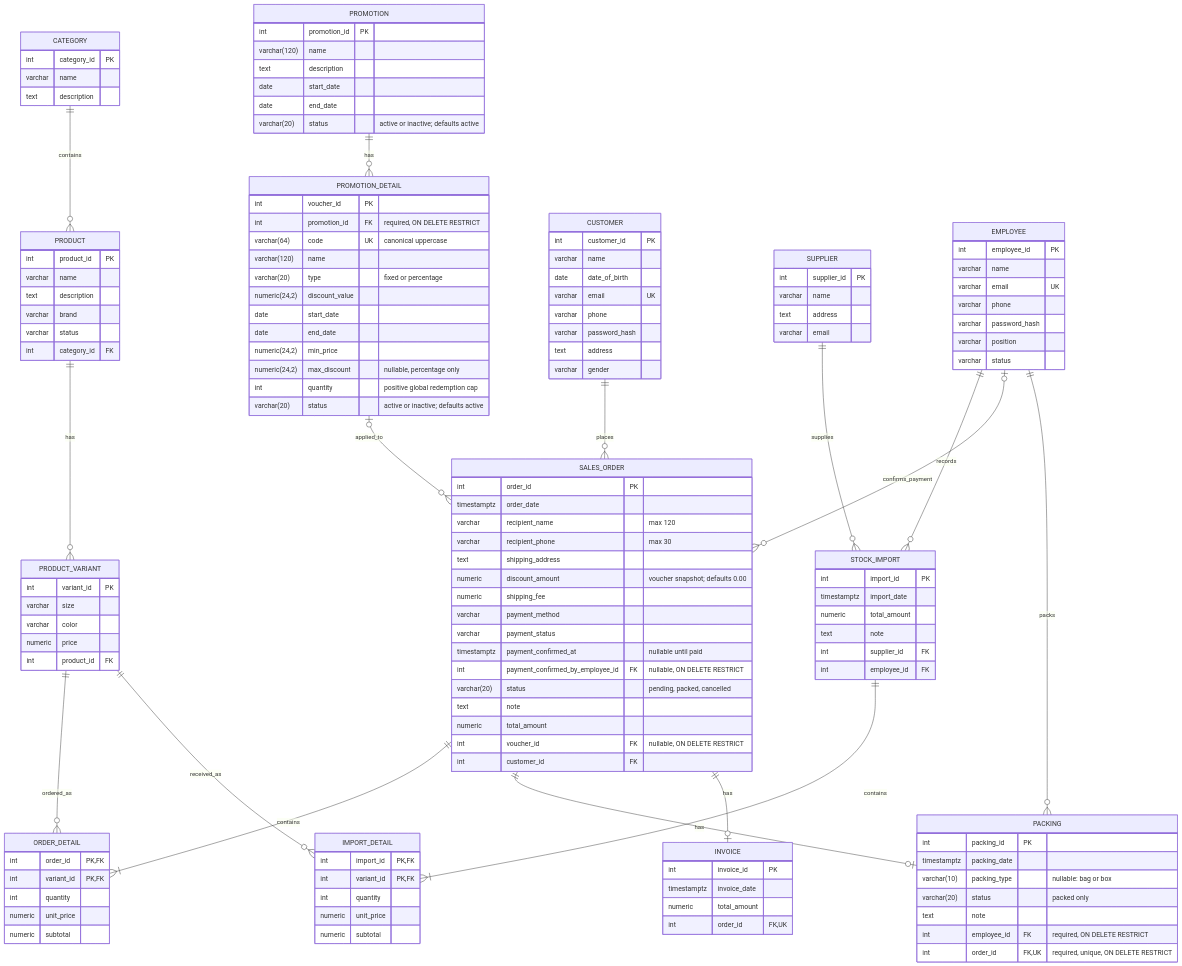
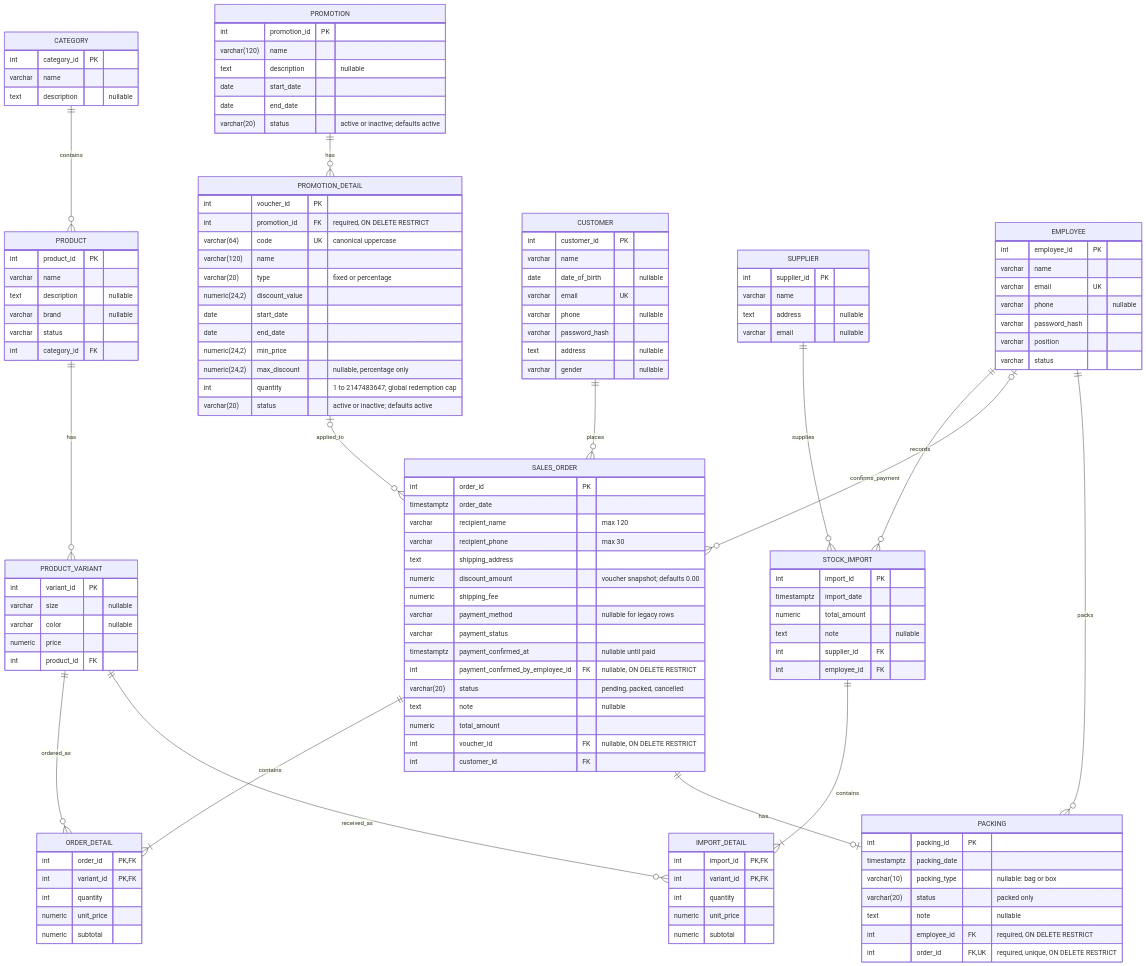
The diagram in docs/erd/sales-system-erd.md (duygri/do-an-cnpm), drawn with Mermaid before and after one commit. The commit also changed other lines of this file and 1 other file, not shown here.

Commit message:
docs: align ERD with current schema

````diff
--- a/docs/erd/sales-system-erd.md
+++ b/docs/erd/sales-system-erd.md
@@ -7,27 +7,27 @@
     CATEGORY {
         int category_id PK
         varchar name
-        text description
+        text description "nullable"
     }
     PRODUCT {
         int product_id PK
         varchar name
-        text description
-        varchar brand
+        text description "nullable"
+        varchar brand "nullable"
         varchar status
         int category_id FK
     }
     PRODUCT_VARIANT {
         int variant_id PK
-        varchar size
-        varchar color
+        varchar size "nullable"
+        varchar color "nullable"
         numeric price
         int product_id FK
     }
     PROMOTION {
         int promotion_id PK
         varchar(120) name
-        text description
+        text description "nullable"
         date start_date
         date end_date
         varchar(20) status "active or inactive; defaults active"
@@ -43,18 +43,18 @@
         date end_date
         numeric(24,2) min_price
         numeric(24,2) max_discount "nullable, percentage only"
-        int quantity "positive global redemption cap"
+        int quantity "1 to 2147483647; global redemption cap"
         varchar(20) status "active or inactive; defaults active"
     }
     CUSTOMER {
         int customer_id PK
         varchar name
-        date date_of_birth
+        date date_of_birth "nullable"
         varchar email UK
-        varchar phone
+        varchar phone "nullable"
         varchar password_hash
-        text address
-        varchar gender
+        text address "nullable"
+        varchar gender "nullable"
     }
     SALES_ORDER {
         int order_id PK
@@ -64,12 +64,12 @@
         text shipping_address
         numeric discount_amount "voucher snapshot; defaults 0.00"
         numeric shipping_fee
-        varchar payment_method
+        varchar payment_method "nullable for legacy rows"
         varchar payment_status
         timestamptz payment_confirmed_at "nullable until paid"
         int payment_confirmed_by_employee_id FK "nullable, ON DELETE RESTRICT"
         varchar(20) status "pending, packed, cancelled"
-        text note
+        text note "nullable"
         numeric total_amount
         int voucher_id FK "nullable, ON DELETE RESTRICT"
         int customer_id FK
@@ -84,14 +84,14 @@
     SUPPLIER {
         int supplier_id PK
         varchar name
-        text address
-        varchar email
+        text address "nullable"
+        varchar email "nullable"
     }
     STOCK_IMPORT {
         int import_id PK
         timestamptz import_date
         numeric total_amount
-        text note
+        text note "nullable"
         int supplier_id FK
         int employee_id FK
     }
@@ -107,21 +107,15 @@
         timestamptz packing_date
         varchar(10) packing_type "nullable: bag or box"
         varchar(20) status "packed only"
-        text note
+        text note "nullable"
         int employee_id FK "required, ON DELETE RESTRICT"
         int order_id FK, UK "required, unique, ON DELETE RESTRICT"
-    }
-    INVOICE {
-        int invoice_id PK
-        timestamptz invoice_date
-        numeric total_amount
-        int order_id FK, UK
     }
     EMPLOYEE {
         int employee_id PK
         varchar name
         varchar email UK
-        varchar phone
+        varchar phone "nullable"
         varchar password_hash
         varchar position
         varchar status
@@ -140,5 +134,4 @@
     EMPLOYEE o|--o{ SALES_ORDER : confirms_payment
     SALES_ORDER ||--o| PACKING : has
     EMPLOYEE ||--o{ PACKING : packs
-    SALES_ORDER ||--o| INVOICE : has
 ```
````
